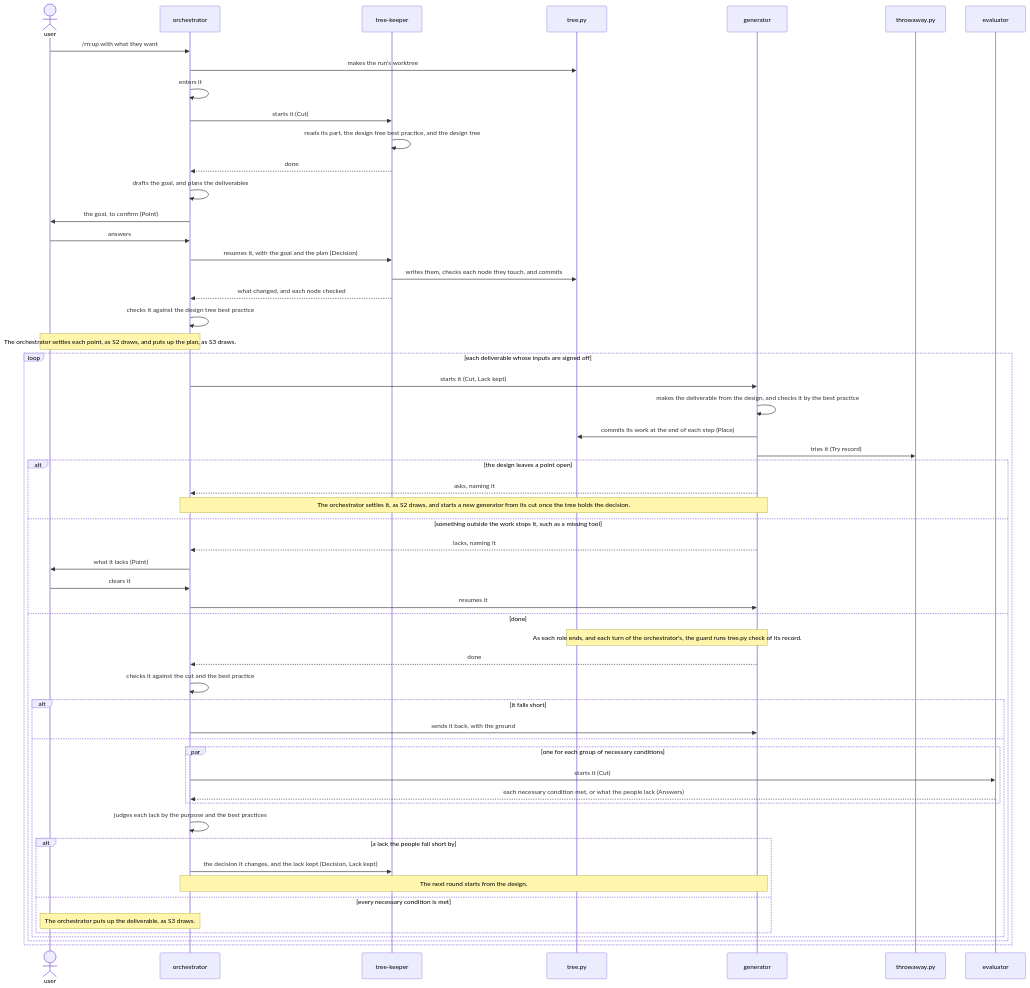
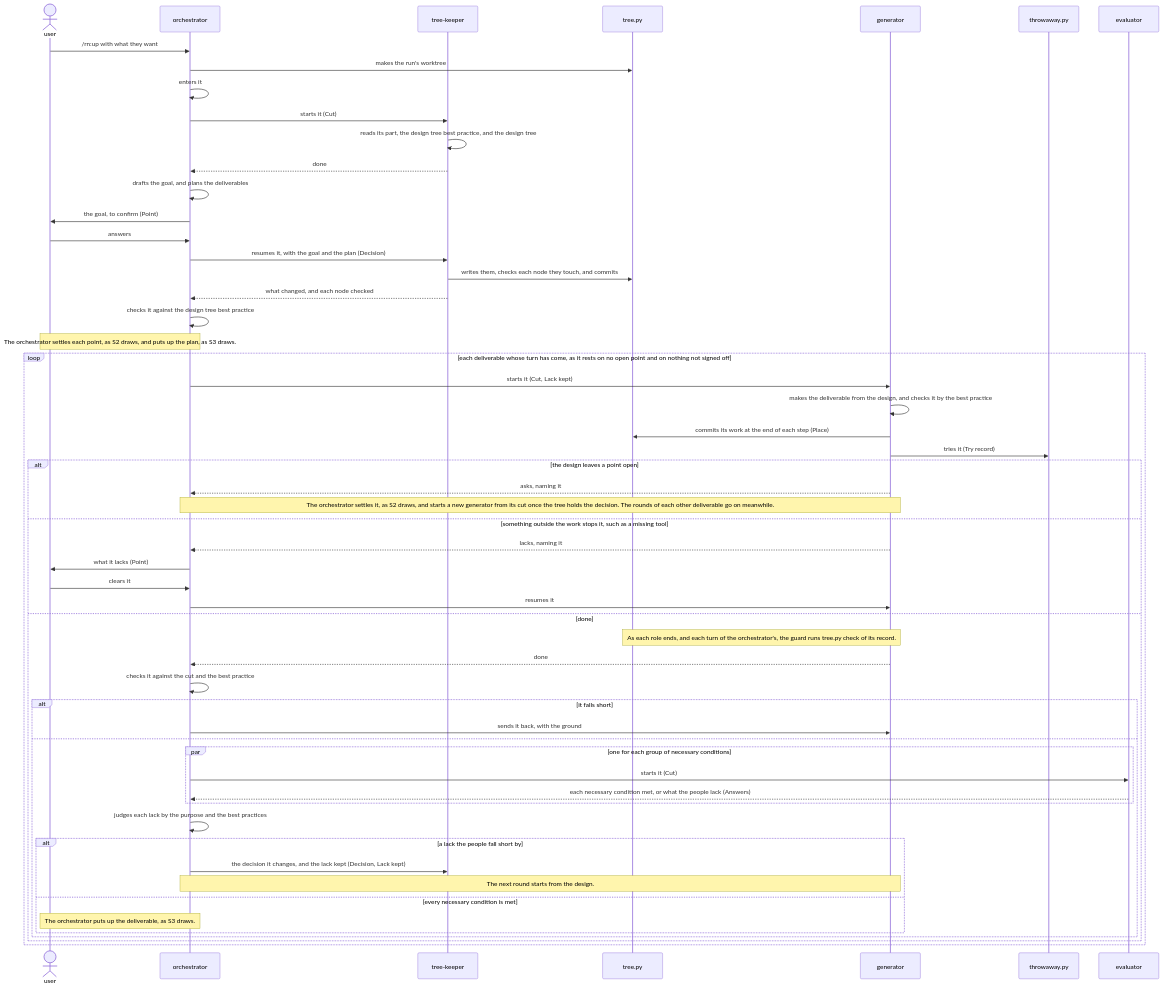
The first of 6 diagrams in dev/rn/architecture.md (lovaizu/ccpm), drawn with Mermaid before and after one commit. The commit also changed other lines of this file and 1 other file, not shown here.

First line of the commit message:
rn goes on with the work that rests on no open point while a point or a sign-off waits, and tree.py alone finds the work that waits

````diff
--- a/dev/rn/architecture.md
+++ b/dev/rn/architecture.md
@@ -178,58 +190,58 @@
 ```mermaid
 sequenceDiagram
   actor U as user
   participant O as orchestrator
   participant K as tree-keeper
   participant T as tree.py
   participant G as generator
   participant W as throwaway.py
   participant E as evaluator
   U->>O: /rn:up with what they want
   O->>T: makes the run's worktree
   O->>O: enters it
   O->>K: starts it (Cut)
   K->>K: reads its part, the design tree best practice, and the design tree
   K-->>O: done
   O->>O: drafts the goal, and plans the deliverables
   O->>U: the goal, to confirm (Point)
   U->>O: answers
   O->>K: resumes it, with the goal and the plan (Decision)
   K->>T: writes them, checks each node they touch, and commits
   K-->>O: what changed, and each node checked
   O->>O: checks it against the design tree best practice
   Note over U,O: The orchestrator settles each point, as S2 draws, and puts up the plan, as S3 draws.
-  loop each deliverable whose inputs are signed off
+  loop each deliverable whose turn has come, as it rests on no open point and on nothing not signed off
     O->>G: starts it (Cut, Lack kept)
     G->>G: makes the deliverable from the design, and checks it by the best practice
     G->>T: commits its work at the end of each step (Place)
     G->>W: tries it (Try record)
     alt the design leaves a point open
       G-->>O: asks, naming it
-      Note over O,G: The orchestrator settles it, as S2 draws, and starts a new generator from its cut once the tree holds the decision.
+      Note over O,G: The orchestrator settles it, as S2 draws, and starts a new generator from its cut once the tree holds the decision. The rounds of each other deliverable go on meanwhile.
     else something outside the work stops it, such as a missing tool
       G-->>O: lacks, naming it
       O->>U: what it lacks (Point)
       U->>O: clears it
       O->>G: resumes it
     else done
       Note over G,T: As each role ends, and each turn of the orchestrator's, the guard runs tree.py check of its record.
       G-->>O: done
       O->>O: checks it against the cut and the best practice
       alt it falls short
         O->>G: sends it back, with the ground
       else
         par one for each group of necessary conditions
           O->>E: starts it (Cut)
           E-->>O: each necessary condition met, or what the people lack (Answers)
         end
         O->>O: judges each lack by the purpose and the best practices
         alt a lack the people fall short by
           O->>K: the decision it changes, and the lack kept (Decision, Lack kept)
           Note over O,G: The next round starts from the design.
         else every necessary condition is met
           Note over U,O: The orchestrator puts up the deliverable, as S3 draws.
         end
       end
     end
   end
 ```
````
